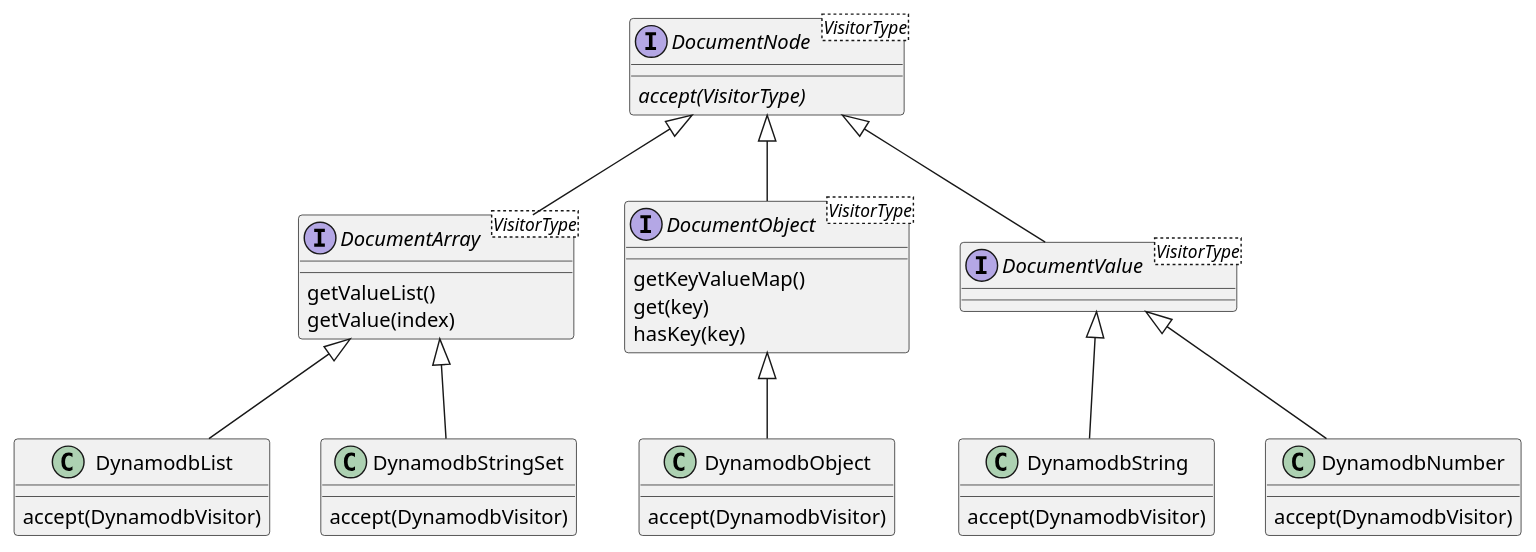
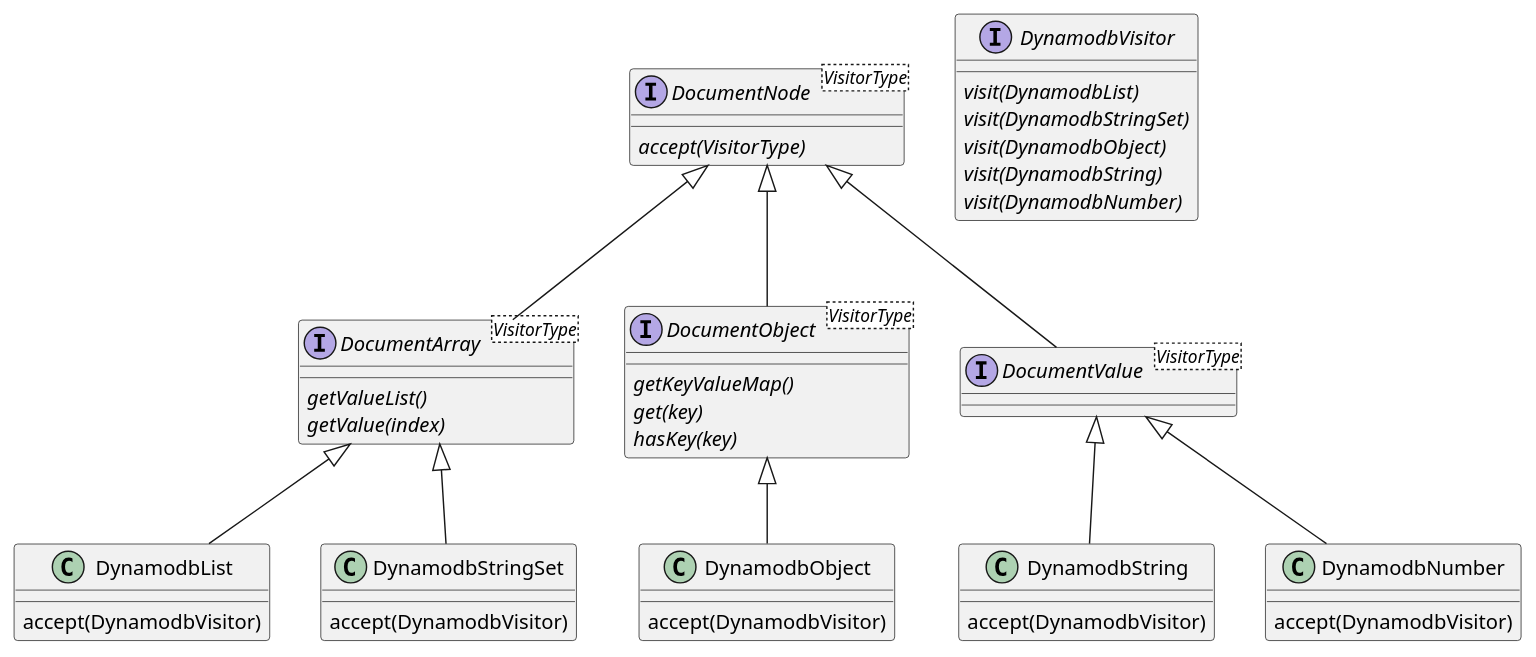
Before and after one commit to exasol/dynamodb-virtual-schema: the diagram in doc/diagrams/documentnode.puml, drawn with PlantUML.

Commit message:
improved diagramm

```diff
--- a/doc/diagrams/documentnode.puml
+++ b/doc/diagrams/documentnode.puml
@@ -1,48 +1,56 @@
 @startuml
 
 interface DocumentNode<VisitorType>{
 {abstract} accept(VisitorType)
 }
 interface DocumentArray<VisitorType>{
-getValueList()
-getValue(index)
+{abstract} getValueList()
+{abstract} getValue(index)
 }
 interface DocumentObject<VisitorType>{
-getKeyValueMap()
-get(key)
-hasKey(key)
+{abstract} getKeyValueMap()
+{abstract} get(key)
+{abstract} hasKey(key)
 }
 interface DocumentValue<VisitorType>{
+}
+
+interface DynamodbVisitor{
+{abstract} visit(DynamodbList)
+{abstract} visit(DynamodbStringSet)
+{abstract} visit(DynamodbObject)
+{abstract} visit(DynamodbString)
+{abstract} visit(DynamodbNumber)
 }
 
 DocumentNode <|-- DocumentArray
 DocumentNode <|-- DocumentObject
 DocumentNode <|-- DocumentValue
 
 DocumentArray <|-- DynamodbList
 DocumentArray <|-- DynamodbStringSet
 DocumentObject <|-- DynamodbObject
 DocumentValue <|-- DynamodbString
 DocumentValue <|-- DynamodbNumber
 
 class DynamodbList{
 accept(DynamodbVisitor)
 }
 
 class DynamodbStringSet{
 accept(DynamodbVisitor)
 }
 
 class DynamodbObject{
 accept(DynamodbVisitor)
 }
 
 class DynamodbString{
 accept(DynamodbVisitor)
 }
 
 class DynamodbNumber{
 accept(DynamodbVisitor)
 }
 
 @enduml
```
